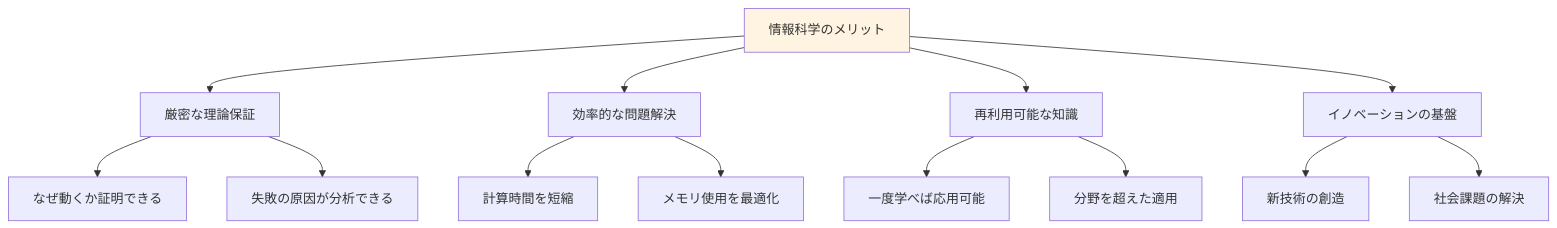
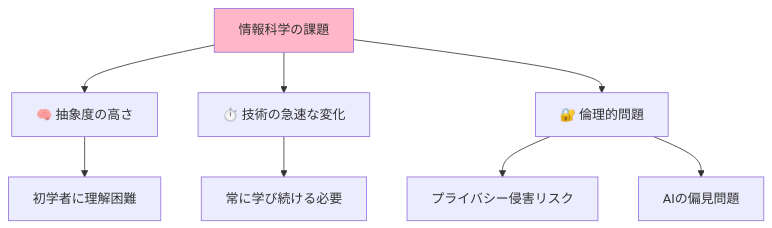
One commit to SparklingDetergent/doc_genai_mental_model changed diagram 12 of 20 in AI/BySpecialty/InformationScience/README.MD. Above: the diagram before and after it, drawn with Mermaid. The commit also changed other lines of this file, not shown here.

````diff
--- a/AI/BySpecialty/InformationScience/README.MD
+++ b/AI/BySpecialty/InformationScience/README.MD
@@ -359,21 +324,13 @@
 ```mermaid
 graph TD
-    A[情報科学のメリット] --> B[厳密な理論保証]
-    A --> C[効率的な問題解決]
-    A --> D[再利用可能な知識]
-    A --> E[イノベーションの基盤]
+    A[情報科学の課題] --> B[🧠 抽象度の高さ]
+    A --> C[⏱️ 技術の急速な変化]
+    A --> D[🔐 倫理的問題]
     
-    B --> B1[なぜ動くか証明できる]
-    B --> B2[失敗の原因が分析できる]
+    B --> B1[初学者に理解困難]
+    C --> C1[常に学び続ける必要]
+    D --> D1[プライバシー侵害リスク]
+    D --> D2[AIの偏見問題]
     
-    C --> C1[計算時間を短縮]
-    C --> C2[メモリ使用を最適化]
-    
-    D --> D1[一度学べば応用可能]
-    D --> D2[分野を超えた適用]
-    
-    E --> E1[新技術の創造]
-    E --> E2[社会課題の解決]
-    
-    style A fill:#fff4e1
+    style A fill:#FFB6C6
 ```
````
